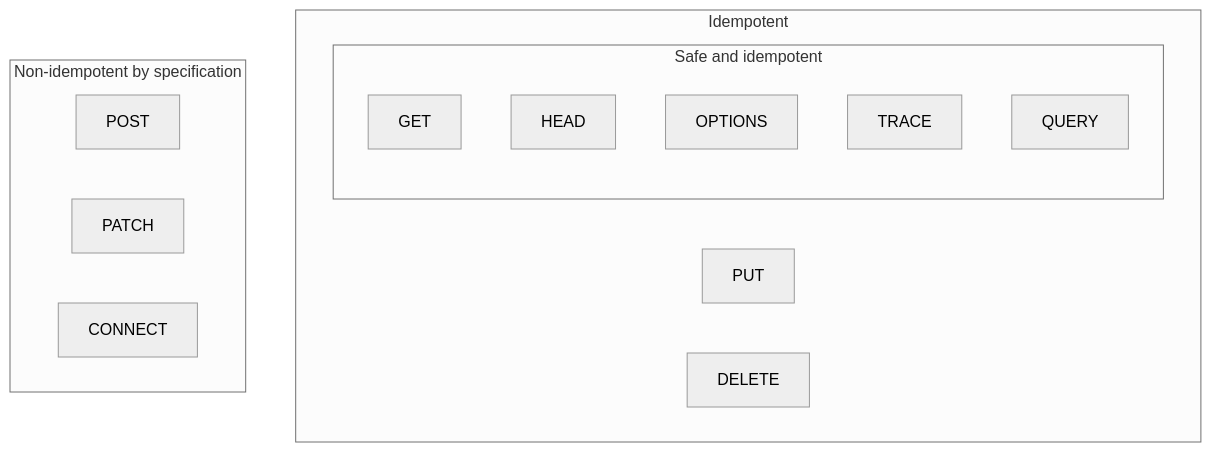
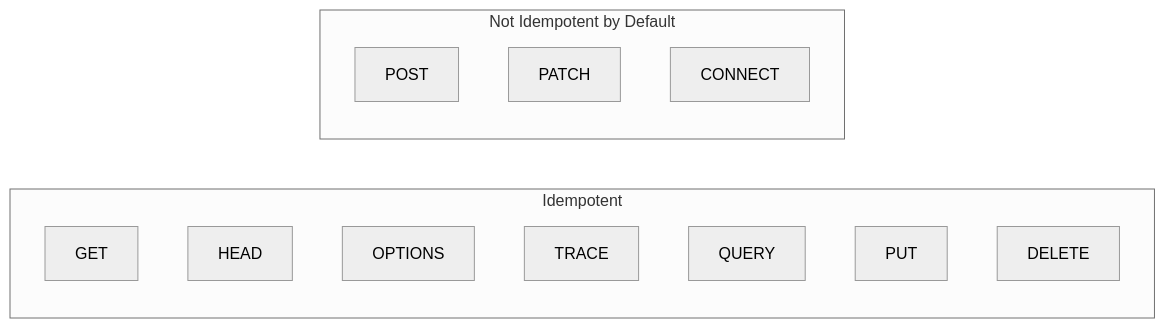
Before and after one commit to AvadhBhalodiya/Interview-Preparation: the first of 4 diagrams in src/content/api-design/idempotency-http-methods.md, drawn with Mermaid (neutral theme). The commit also changed other lines of this file and 54 other files, not shown here.

````diff
--- a/src/content/api-design/idempotency-http-methods.md
+++ b/src/content/api-design/idempotency-http-methods.md
@@ -24,20 +43,18 @@
 ```mermaid
-flowchart TD
-    subgraph IDEM[Idempotent]
-        subgraph SAFE[Safe and idempotent]
-            G[GET]
-            H[HEAD]
-            O[OPTIONS]
-            T[TRACE]
-            Q[QUERY]
-        end
+flowchart LR
+    subgraph I["Idempotent"]
+        G[GET]
+        H[HEAD]
+        O[OPTIONS]
+        T[TRACE]
+        Q[QUERY]
         P[PUT]
         D[DELETE]
     end
 
-    subgraph NON[Non-idempotent by specification]
+    subgraph N["Not Idempotent by Default"]
         PO[POST]
         PA[PATCH]
-        CO[CONNECT]
+        C[CONNECT]
     end
 ```
````
